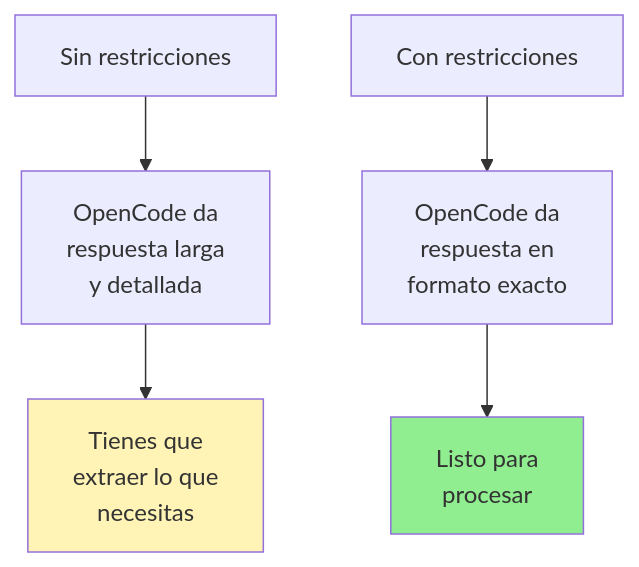
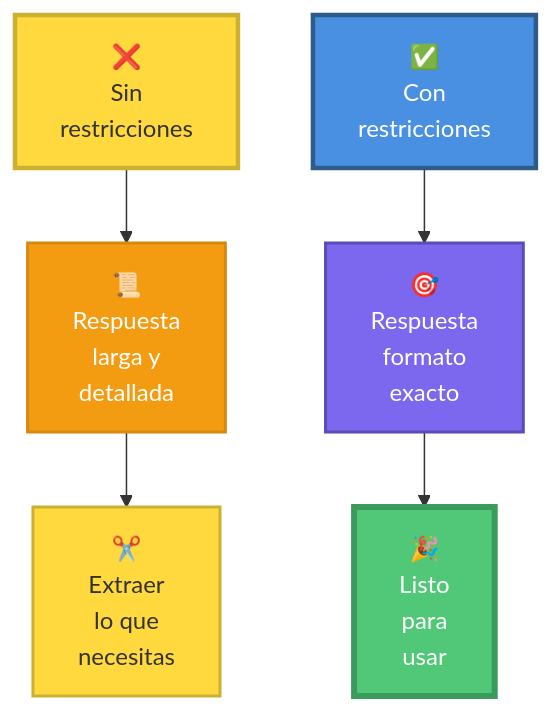
Diagram 14 of 18 in courses/🟡-development/FPUNA-2026/00-FUNDAMENTOS-PRINCIPALES/03-ingenieria-prompts.md (Ai-Whisperers/Courses-Content), drawn with Mermaid before and after one commit. The commit also changed other lines of this file, not shown here.

First line of the commit message:
Complete remaining 5/18 diagrams in 03-ingenieria-prompts.md

````diff
--- a/courses/🟡-development/FPUNA-2026/00-FUNDAMENTOS-PRINCIPALES/03-ingenieria-prompts.md
+++ b/courses/🟡-development/FPUNA-2026/00-FUNDAMENTOS-PRINCIPALES/03-ingenieria-prompts.md
@@ -890,11 +890,15 @@
 ```mermaid
 flowchart TD
-    A[Sin restricciones] --> B[OpenCode da<br/>respuesta larga<br/>y detallada]
-    B --> C[Tienes que<br/>extraer lo que<br/>necesitas]
+    A["❌<br/>Sin<br/>restricciones"] --> B["📜<br/>Respuesta<br/>larga y<br/>detallada"]
+    B --> C["✂️<br/>Extraer<br/>lo que<br/>necesitas"]
     
-    D[Con restricciones] --> E[OpenCode da<br/>respuesta en<br/>formato exacto]
-    E --> F[Listo para<br/>procesar]
+    D["✅<br/>Con<br/>restricciones"] --> E["🎯<br/>Respuesta<br/>formato<br/>exacto"]
+    E --> F["🎉<br/>Listo<br/>para<br/>usar"]
     
-    style C fill:#FFF4B6
-    style F fill:#90EE90
+    style A fill:#FFD93D,stroke:#CCB031,stroke-width:3px,color:#333
+    style B fill:#F39C12,stroke:#D68910,stroke-width:2px,color:#fff
+    style C fill:#FFD93D,stroke:#CCB031,stroke-width:2px,color:#333
+    style D fill:#4A90E2,stroke:#2E5C8A,stroke-width:3px,color:#fff
+    style E fill:#7B68EE,stroke:#5A4BB5,stroke-width:2px,color:#fff
+    style F fill:#50C878,stroke:#3A9B5C,stroke-width:4px,color:#fff
 ```
````
